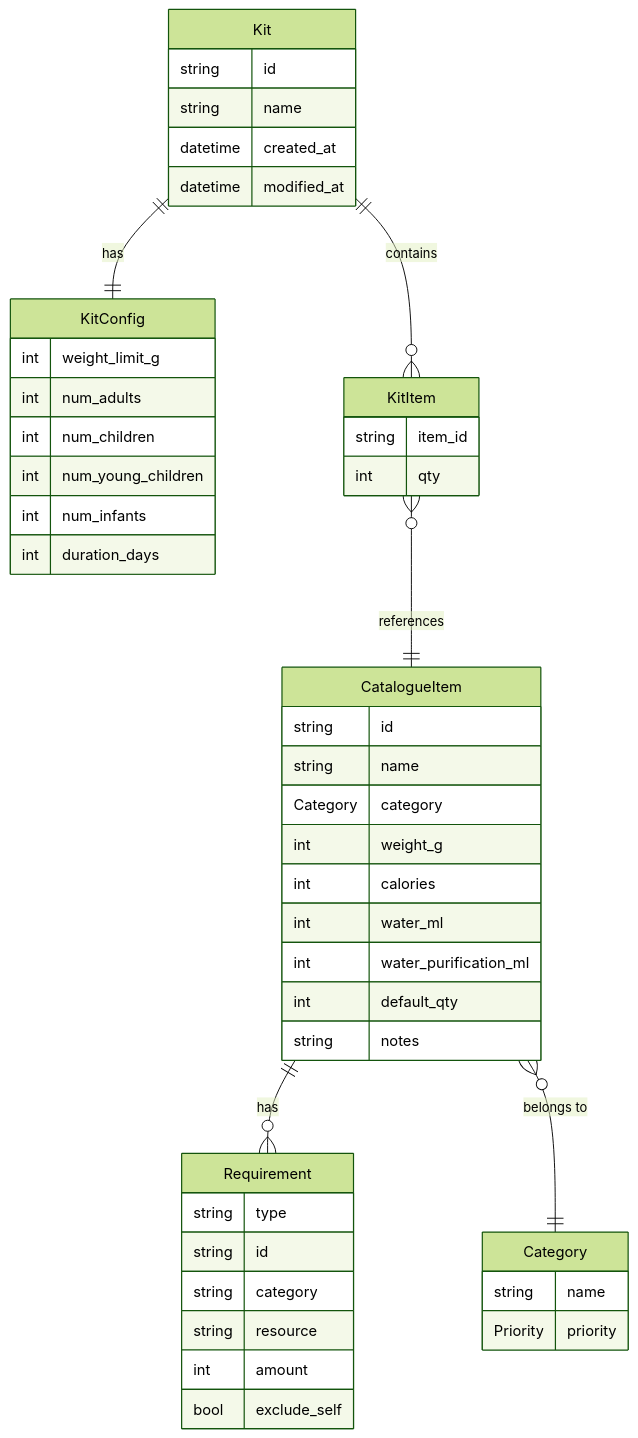
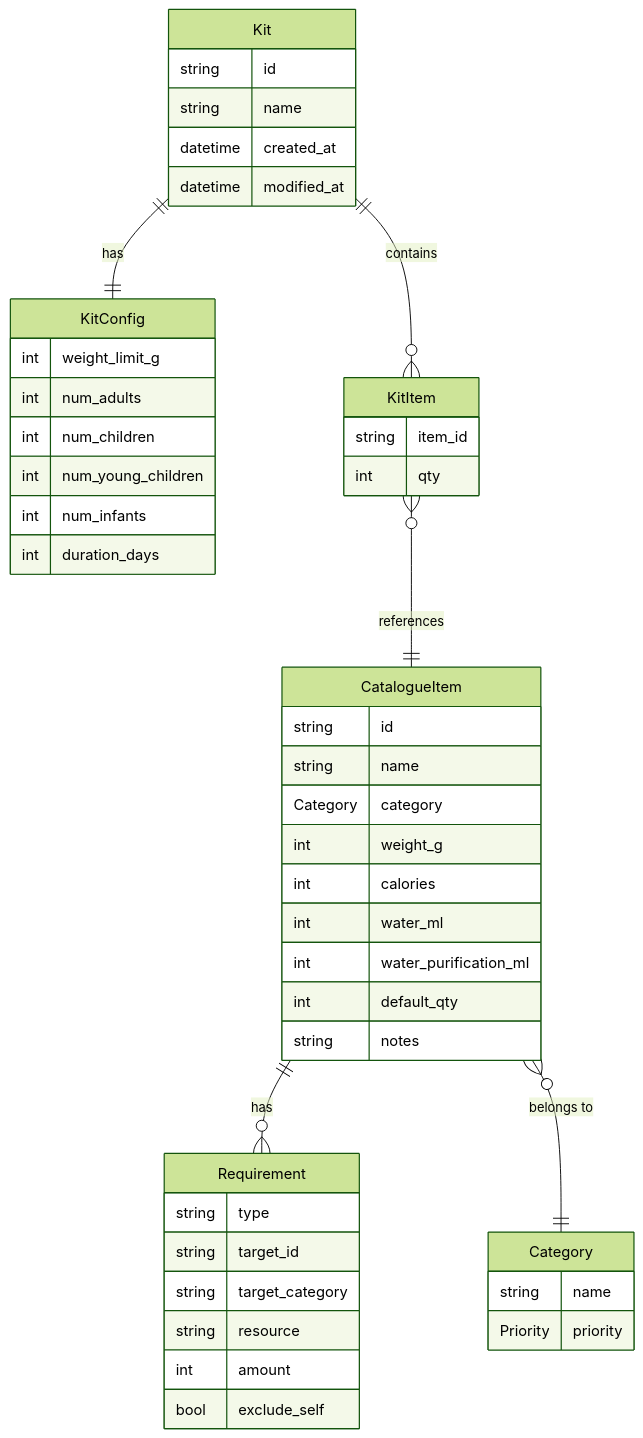
One commit to LisaS7/KitForge changed the diagram in docs/data-model.md. Above: the diagram before and after it, drawn with Mermaid (forest theme). The commit also changed other lines of this file, not shown here.

````diff
--- a/docs/data-model.md
+++ b/docs/data-model.md
@@ -10,55 +10,55 @@
 ```mermaid
 erDiagram
     Kit {
         string id
         string name
         datetime created_at
         datetime modified_at
     }
 
     KitConfig {
         int weight_limit_g
         int num_adults
         int num_children
         int num_young_children
         int num_infants
         int duration_days
     }
 
     KitItem {
         string item_id
         int qty
     }
 
     CatalogueItem {
         string id
         string name
         Category category
         int weight_g
         int calories
         int water_ml
         int water_purification_ml
         int default_qty
         string notes
     }
 
     Requirement {
         string type
-        string id
-        string category
+        string target_id
+        string target_category
         string resource
         int amount
         bool exclude_self
     }
 
     Category {
         string name
         Priority priority
     }
 
     Kit ||--|| KitConfig : "has"
     Kit ||--o{ KitItem : "contains"
     KitItem }o--|| CatalogueItem : "references"
     CatalogueItem ||--o{ Requirement : "has"
     CatalogueItem }o--|| Category : "belongs to"
 ```
````
